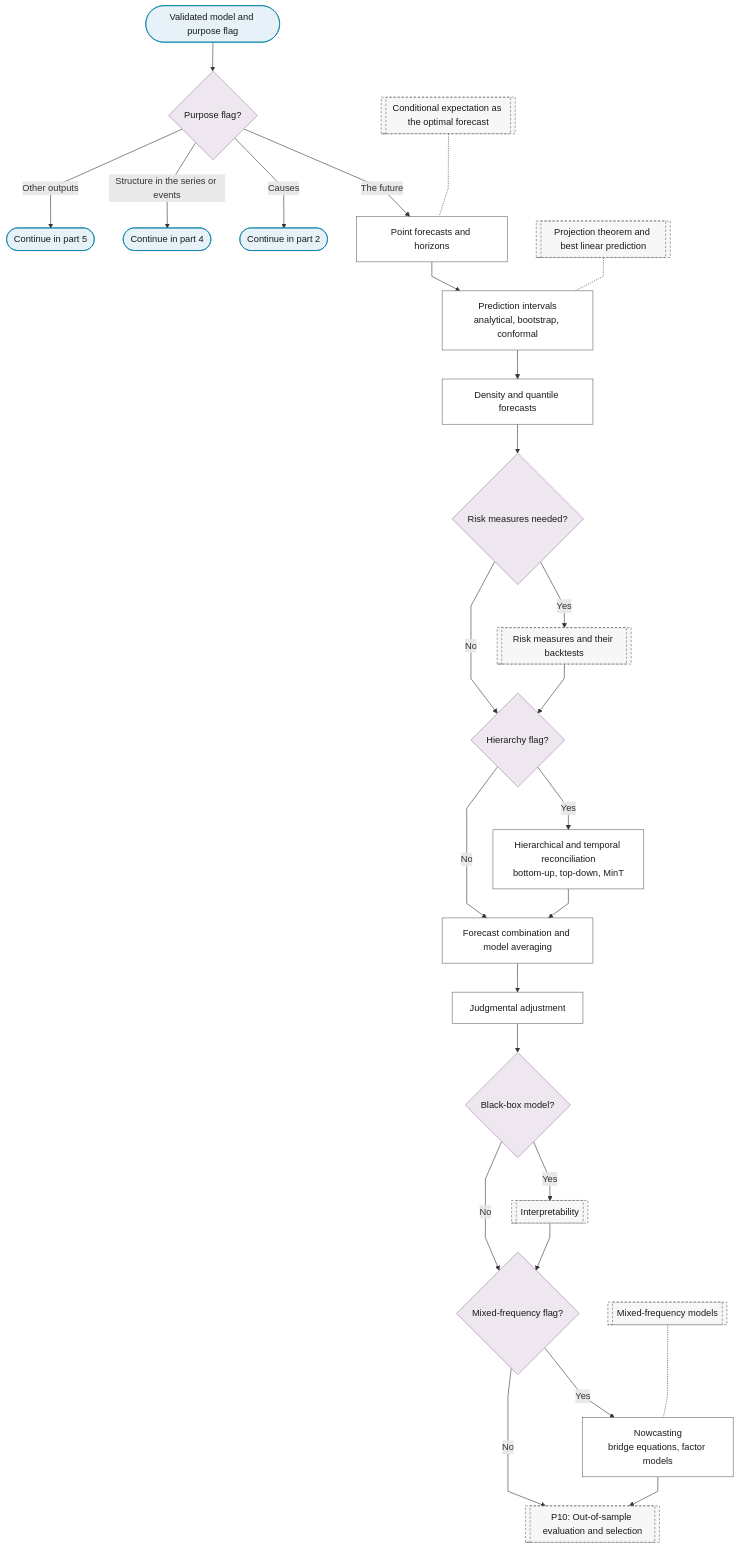
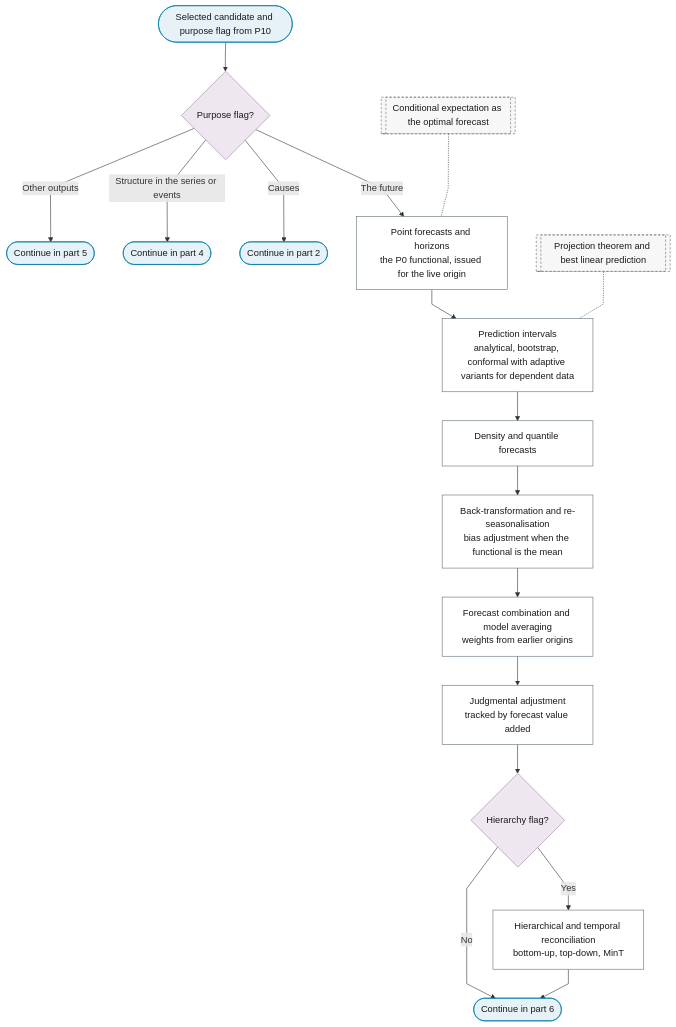
Before and after one commit to Shuxin-Y/time-series-analysis-manual: the first of 6 diagrams in docs/01-workflow/p11-inference.md, drawn with Mermaid. The commit also changed other lines of this file and 8 other files, not shown here.

````diff
--- a/docs/01-workflow/p11-inference.md
+++ b/docs/01-workflow/p11-inference.md
@@ -11,41 +11,32 @@
 ```mermaid
 %%{init: {"flowchart": {"curve": "linear"}}}%%
 graph TD
-    P11_IN(["Validated model and purpose flag"]) --> P11_PURPOSE{"Purpose flag?"}
-    P11_PURPOSE -->|"The future"| P11_POINT_FORECASTS["Point forecasts and horizons"]
+    P11_IN(["Selected candidate and purpose flag from P10"]) --> P11_PURPOSE{"Purpose flag?"}
+    P11_PURPOSE -->|"The future"| P11_POINT_FORECASTS["Point forecasts and horizons<br/>the P0 functional, issued for the live origin"]
     P11_PURPOSE -->|"Causes"| P11_TO_PART_2(["Continue in part 2"])
     P11_PURPOSE -->|"Structure in the series or events"| P11_TO_PART_4(["Continue in part 4"])
     P11_PURPOSE -->|"Other outputs"| P11_TO_PART_5(["Continue in part 5"])
-    P11_POINT_FORECASTS --> P11_INTERVALS["Prediction intervals<br/>analytical, bootstrap, conformal"]
+    P11_POINT_FORECASTS --> P11_INTERVALS["Prediction intervals<br/>analytical, bootstrap, conformal with adaptive variants for dependent data"]
     P11_INTERVALS --> P11_DENSITY_QUANTILE["Density and quantile forecasts"]
-    P11_DENSITY_QUANTILE --> P11_RISK{"Risk measures needed?"}
-    P11_RISK -->|"Yes"| P11_RISK_MEASURES[["Risk measures and their backtests"]]
-    P11_RISK -->|"No"| P11_HIERARCHY
-    P11_RISK_MEASURES --> P11_HIERARCHY{"Hierarchy flag?"}
+    P11_DENSITY_QUANTILE --> P11_BACK_TRANSFORM["Back-transformation and re-seasonalisation<br/>bias adjustment when the functional is the mean"]
+    P11_BACK_TRANSFORM --> P11_COMBINATION["Forecast combination and model averaging<br/>weights from earlier origins"]
+    P11_COMBINATION --> P11_JUDGMENTAL["Judgmental adjustment<br/>tracked by forecast value added"]
+    P11_JUDGMENTAL --> P11_HIERARCHY{"Hierarchy flag?"}
     P11_HIERARCHY -->|"Yes"| P11_RECONCILIATION["Hierarchical and temporal reconciliation<br/>bottom-up, top-down, MinT"]
-    P11_HIERARCHY -->|"No"| P11_COMBINATION
-    P11_RECONCILIATION --> P11_COMBINATION["Forecast combination and model averaging"]
-    P11_COMBINATION --> P11_JUDGMENTAL["Judgmental adjustment"]
-    P11_JUDGMENTAL --> P11_BLACK_BOX{"Black-box model?"}
-    P11_BLACK_BOX -->|"Yes"| P11_INTERPRETABILITY[["Interpretability"]]
-    P11_BLACK_BOX -->|"No"| P11_MIXED
-    P11_INTERPRETABILITY --> P11_MIXED{"Mixed-frequency flag?"}
-    P11_MIXED -->|"Yes"| P11_NOWCASTING["Nowcasting<br/>bridge equations, factor models"]
-    P11_MIXED -->|"No"| P10
-    P11_NOWCASTING --> P10[["P10: Out-of-sample evaluation and selection"]]
+    P11_HIERARCHY -->|"No"| P11_FC_TO_PART_6
+    P11_RECONCILIATION --> P11_FC_TO_PART_6(["Continue in part 6"])
     F_CONDITIONAL_EXPECTATION[["Conditional expectation as the optimal forecast"]] -.- P11_POINT_FORECASTS
     F_PROJECTION[["Projection theorem and best linear prediction"]] -.- P11_INTERVALS
-    P6_MIXED_FREQUENCY[["Mixed-frequency models"]] -.- P11_NOWCASTING
-    class P11_IN,P11_TO_PART_2,P11_TO_PART_4,P11_TO_PART_5 terminator
-    class P11_PURPOSE,P11_RISK,P11_HIERARCHY,P11_BLACK_BOX,P11_MIXED decision
-    class P11_POINT_FORECASTS,P11_INTERVALS,P11_DENSITY_QUANTILE,P11_RECONCILIATION,P11_COMBINATION,P11_JUDGMENTAL,P11_NOWCASTING process
-    class P11_RISK_MEASURES,P11_INTERPRETABILITY,P10,F_CONDITIONAL_EXPECTATION,F_PROJECTION,P6_MIXED_FREQUENCY ref
+    class P11_IN,P11_TO_PART_2,P11_TO_PART_4,P11_TO_PART_5,P11_FC_TO_PART_6 terminator
+    class P11_PURPOSE,P11_HIERARCHY decision
+    class P11_POINT_FORECASTS,P11_INTERVALS,P11_DENSITY_QUANTILE,P11_BACK_TRANSFORM,P11_COMBINATION,P11_JUDGMENTAL,P11_RECONCILIATION process
+    class F_CONDITIONAL_EXPECTATION,F_PROJECTION ref
     classDef terminator fill:#E6F2F7,stroke:#007BA7,color:#1A1A1A;
     classDef process fill:#FFFFFF,stroke:#5A6B73,color:#1A1A1A;
     classDef decision fill:#EFE7F0,stroke:#9B7FA7,color:#1A1A1A;
     classDef data fill:#FFF4E0,stroke:#C9A55E,color:#1A1A1A;
     classDef good fill:#DCEFD8,stroke:#4A7A3F,color:#1A1A1A;
     classDef escalate fill:#FFE9C2,stroke:#C9A55E,color:#1A1A1A;
     classDef problem fill:#F2D9DE,stroke:#800020,color:#1A1A1A;
     classDef ref fill:#F7F7F7,stroke:#5A6B73,color:#1A1A1A,stroke-dasharray:4 3;
 ```
````
